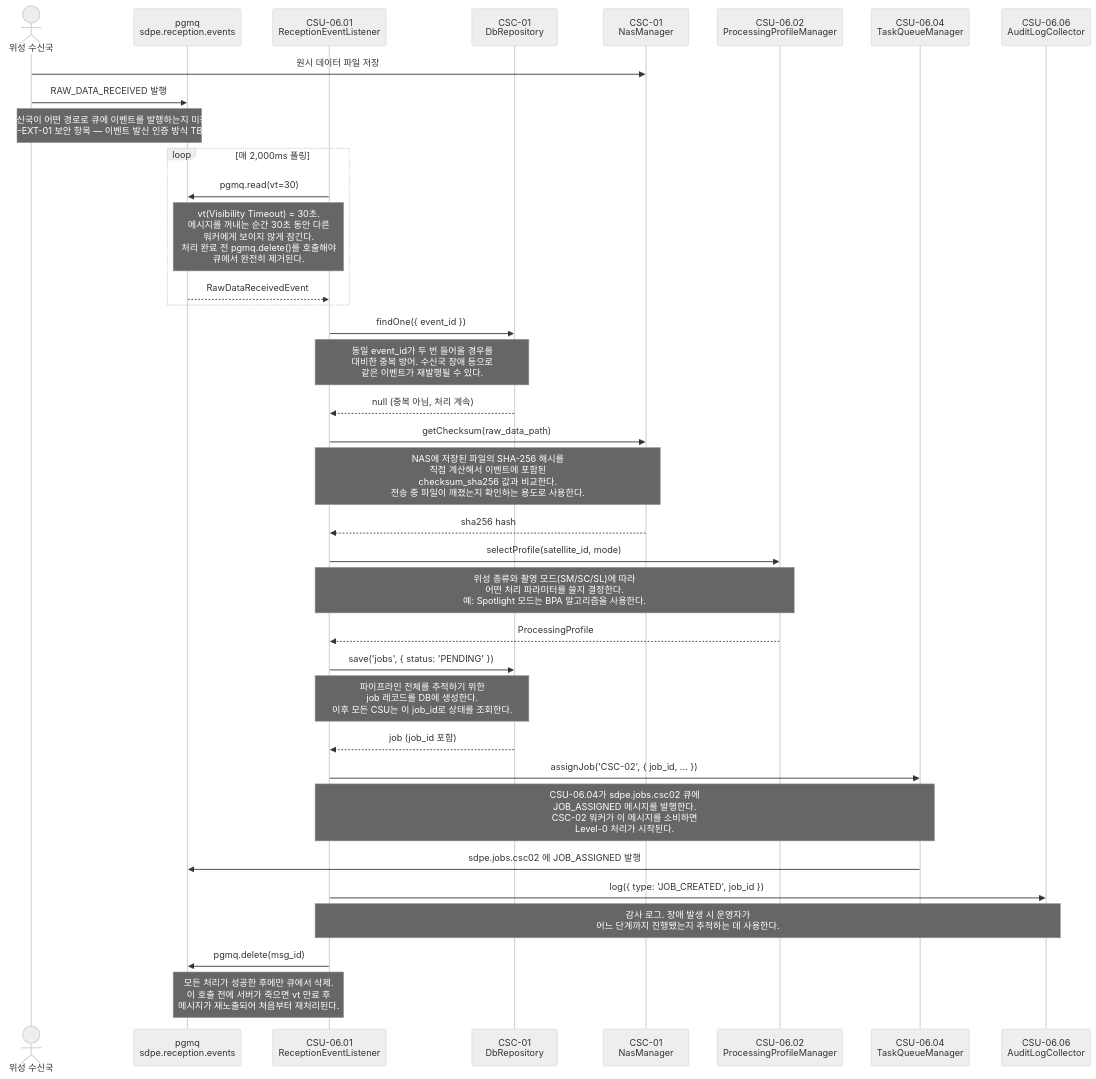
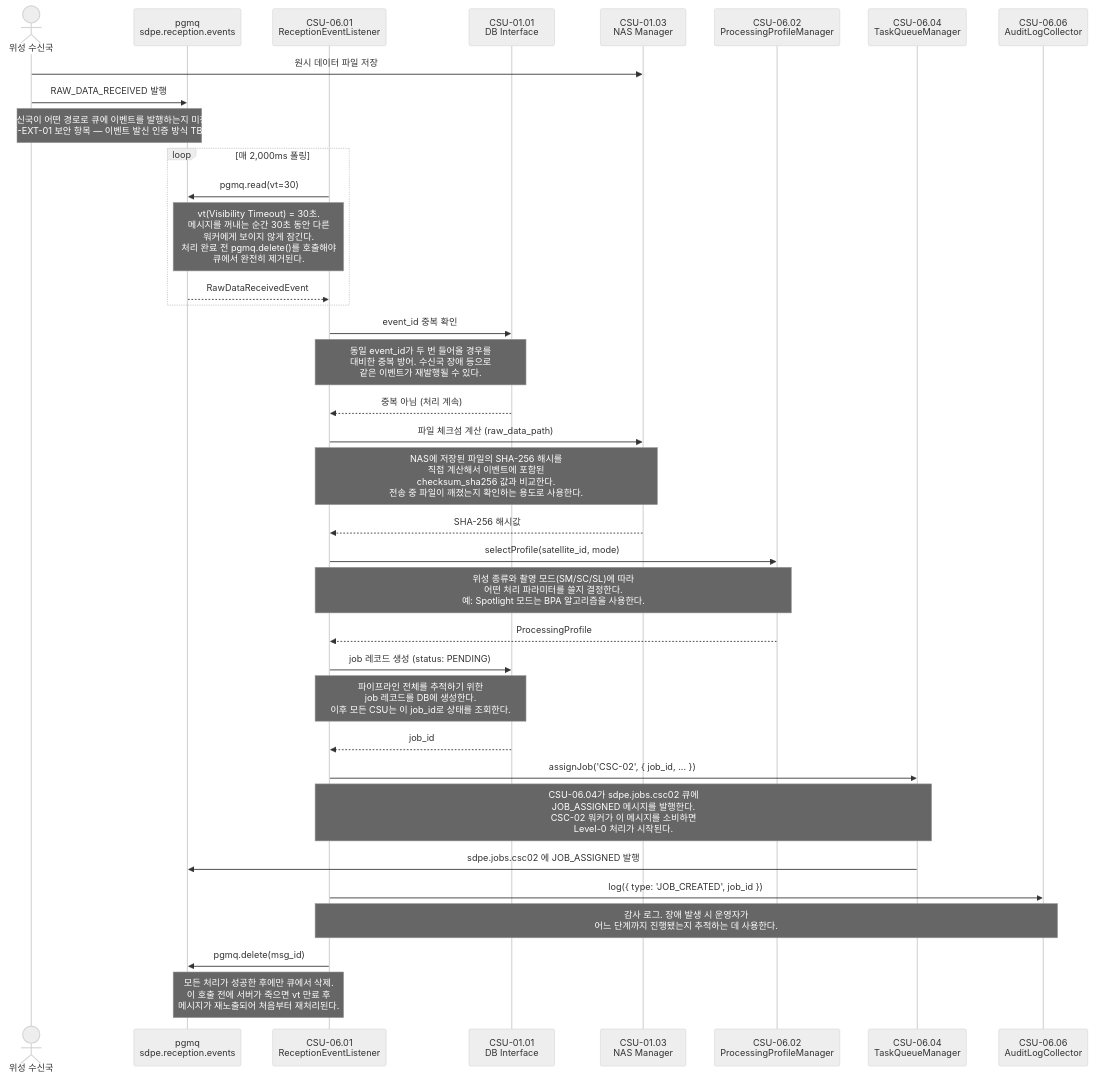
Before and after one commit to GTD-web/sar-data-process-element: the first of 2 diagrams in docs/csc-06/csu-06.01-reception-event-listener.md, drawn with Mermaid (neutral theme). The commit also changed other lines of this file and 9 other files, not shown here.

````diff
--- a/docs/csc-06/csu-06.01-reception-event-listener.md
+++ b/docs/csc-06/csu-06.01-reception-event-listener.md
@@ -51,47 +59,47 @@
 ```mermaid
 sequenceDiagram
     actor GS as 위성 수신국
     participant Q1 as pgmq<br/>sdpe.reception.events
     participant L as CSU-06.01<br/>ReceptionEventListener
-    participant DB as CSC-01<br/>DbRepository
-    participant NAS as CSC-01<br/>NasManager
+    participant DB as CSU-01.01<br/>DB Interface
+    participant NAS as CSU-01.03<br/>NAS Manager
     participant P as CSU-06.02<br/>ProcessingProfileManager
     participant TQ as CSU-06.04<br/>TaskQueueManager
     participant AL as CSU-06.06<br/>AuditLogCollector
 
     GS->>NAS: 원시 데이터 파일 저장
     GS->>Q1: RAW_DATA_RECEIVED 발행
     Note over GS,Q1: 수신국이 어떤 경로로 큐에 이벤트를 발행하는지 미정.<br/>(IF-EXT-01 보안 항목 — 이벤트 발신 인증 방식 TBD)
 
     loop 매 2,000ms 폴링
         L->>Q1: pgmq.read(vt=30)
         Note over L,Q1: vt(Visibility Timeout) = 30초.<br/>메시지를 꺼내는 순간 30초 동안 다른<br/>워커에게 보이지 않게 잠긴다.<br/>처리 완료 전 pgmq.delete()를 호출해야<br/>큐에서 완전히 제거된다.
         Q1-->>L: RawDataReceivedEvent
     end
 
-    L->>DB: findOne({ event_id })
+    L->>DB: event_id 중복 확인
     Note over L,DB: 동일 event_id가 두 번 들어올 경우를<br/>대비한 중복 방어. 수신국 장애 등으로<br/>같은 이벤트가 재발행될 수 있다.
-    DB-->>L: null (중복 아님, 처리 계속)
+    DB-->>L: 중복 아님 (처리 계속)
 
-    L->>NAS: getChecksum(raw_data_path)
+    L->>NAS: 파일 체크섬 계산 (raw_data_path)
     Note over L,NAS: NAS에 저장된 파일의 SHA-256 해시를<br/>직접 계산해서 이벤트에 포함된<br/>checksum_sha256 값과 비교한다.<br/>전송 중 파일이 깨졌는지 확인하는 용도로 사용한다.
-    NAS-->>L: sha256 hash
+    NAS-->>L: SHA-256 해시값
 
     L->>P: selectProfile(satellite_id, mode)
     Note over L,P: 위성 종류와 촬영 모드(SM/SC/SL)에 따라<br/>어떤 처리 파라미터를 쓸지 결정한다.<br/>예: Spotlight 모드는 BPA 알고리즘을 사용한다.
     P-->>L: ProcessingProfile
 
-    L->>DB: save('jobs', { status: 'PENDING' })
+    L->>DB: job 레코드 생성 (status: PENDING)
     Note over L,DB: 파이프라인 전체를 추적하기 위한<br/>job 레코드를 DB에 생성한다.<br/>이후 모든 CSU는 이 job_id로 상태를 조회한다.
-    DB-->>L: job (job_id 포함)
+    DB-->>L: job_id
 
     L->>TQ: assignJob('CSC-02', { job_id, ... })
     Note over L,TQ: CSU-06.04가 sdpe.jobs.csc02 큐에<br/>JOB_ASSIGNED 메시지를 발행한다.<br/>CSC-02 워커가 이 메시지를 소비하면<br/>Level-0 처리가 시작된다.
     TQ->>Q1: sdpe.jobs.csc02 에 JOB_ASSIGNED 발행
 
     L->>AL: log({ type: 'JOB_CREATED', job_id })
     Note over L,AL: 감사 로그. 장애 발생 시 운영자가<br/>어느 단계까지 진행됐는지 추적하는 데 사용한다.
 
     L->>Q1: pgmq.delete(msg_id)
     Note over L,Q1: 모든 처리가 성공한 후에만 큐에서 삭제.<br/>이 호출 전에 서버가 죽으면 vt 만료 후<br/>메시지가 재노출되어 처음부터 재처리된다.
 ```
````
